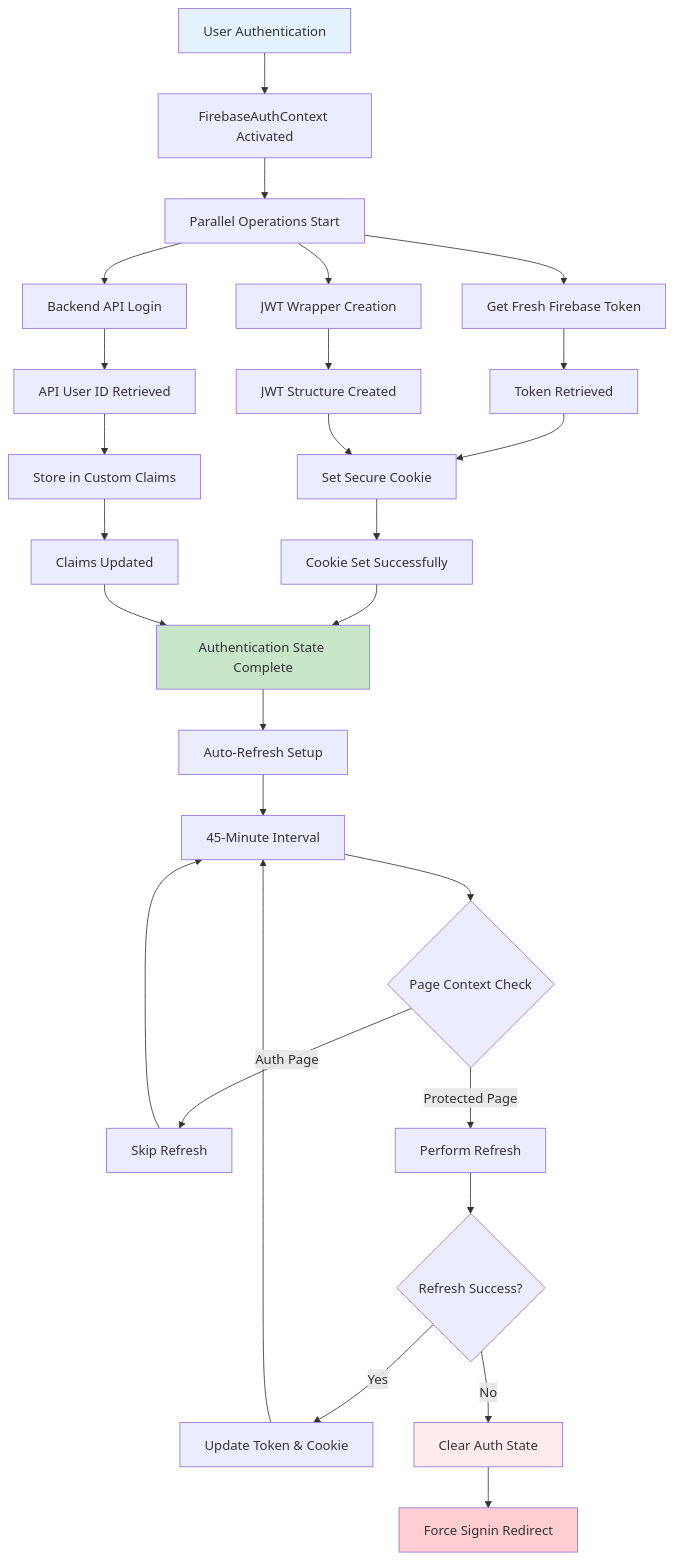
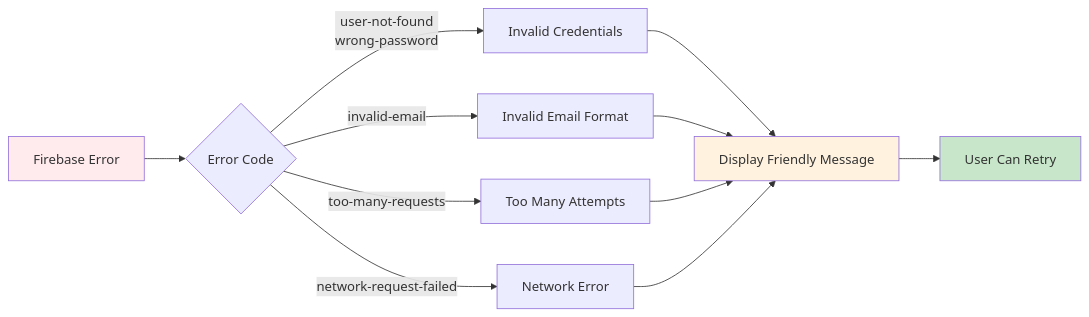
Before and after one commit to benxgao/certifai-app: the second of 7 diagrams in docs/signin.md, drawn with Mermaid. The commit also changed other lines of this file and 3 other files, not shown here.

````diff
--- a/docs/signin.md
+++ b/docs/signin.md
@@ -229,43 +115,20 @@
 ```mermaid
-graph TD
-    A[User Authentication] --> B[FirebaseAuthContext Activated]
-    B --> C[Parallel Operations Start]
+graph LR
+    A[Firebase Error] --> B{Error Code}
 
-    C --> D[Get Fresh Firebase Token]
-    C --> E[Backend API Login]
-    C --> F[JWT Wrapper Creation]
+    B -->|user-not-found<br/>wrong-password| C[Invalid Credentials]
+    B -->|invalid-email| D[Invalid Email Format]
+    B -->|too-many-requests| E[Too Many Attempts]
+    B -->|network-request-failed| F[Network Error]
 
-    D --> G[Token Retrieved]
-    E --> H[API User ID Retrieved]
-    F --> I[JWT Structure Created]
+    C --> G[Display Friendly Message]
+    D --> G
+    E --> G
+    F --> G
 
-    G --> J[Set Secure Cookie]
-    H --> K[Store in Custom Claims]
-    I --> J
+    G --> H[User Can Retry]
 
-    J --> L[Cookie Set Successfully]
-    K --> M[Claims Updated]
-
-    L --> N[Authentication State Complete]
-    M --> N
-
-    N --> O[Auto-Refresh Setup]
-    O --> P[45-Minute Interval]
-    P --> Q{Page Context Check}
-
-    Q -->|Auth Page| R[Skip Refresh]
-    Q -->|Protected Page| S[Perform Refresh]
-
-    S --> T{Refresh Success?}
-    T -->|Yes| U[Update Token & Cookie]
-    T -->|No| V[Clear Auth State]
-
-    U --> P
-    V --> W[Force Signin Redirect]
-    R --> P
-
-    style A fill:#e3f2fd
-    style N fill:#c8e6c9
-    style V fill:#ffebee
-    style W fill:#ffcdd2
+    style A fill:#ffebee
+    style G fill:#fff3e0
+    style H fill:#c8e6c9
 ```
````
